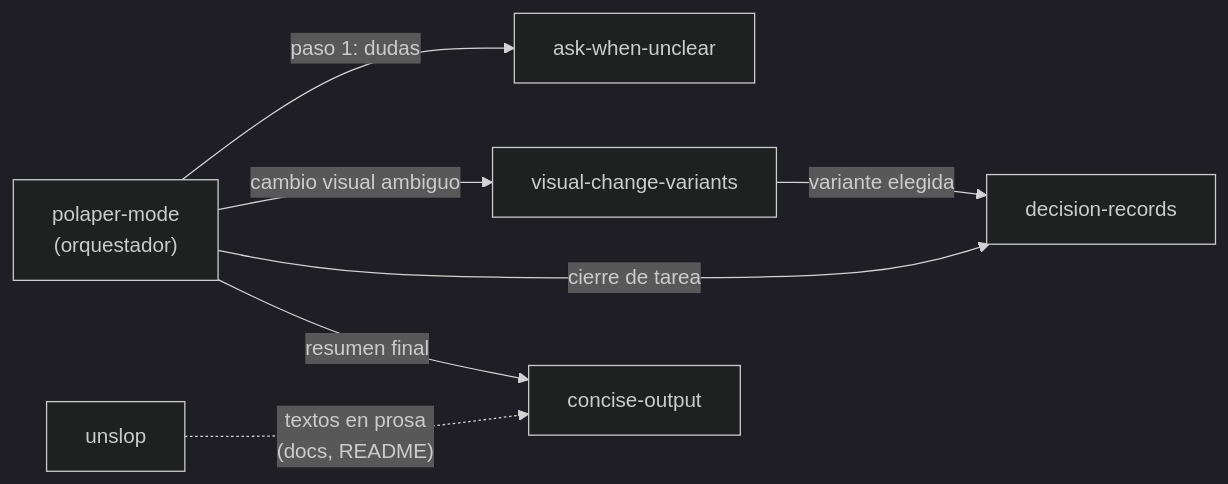
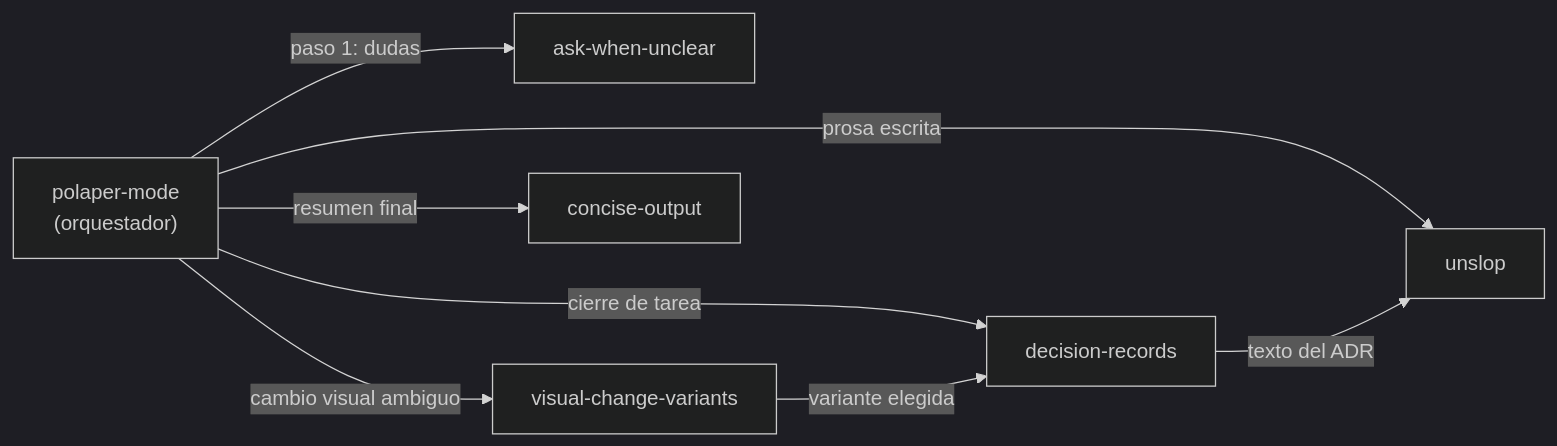
Before and after one commit to AlPeFe/claude-skills: the second of 2 diagrams in README.md, drawn with Mermaid (dark theme). The commit also changed other lines of this file and 1 other file, not shown here.

Commit message:
polaper-mode: integrar unslop en el cierre de tareas y la comunicación

````diff
--- a/README.md
+++ b/README.md
@@ -53,10 +56,11 @@
 ```mermaid
 flowchart LR
     PM["polaper-mode<br/>(orquestador)"]
     PM -->|paso 1: dudas| AWU["ask-when-unclear"]
     PM -->|cambio visual ambiguo| VCV["visual-change-variants"]
     PM -->|cierre de tarea| DR["decision-records"]
     PM -->|resumen final| CO["concise-output"]
     VCV -->|variante elegida| DR
-    UN["unslop"] -.->|"textos en prosa<br/>(docs, README)"| CO
+    PM -->|prosa escrita| UN["unslop"]
+    DR -->|texto del ADR| UN
 ```
````
